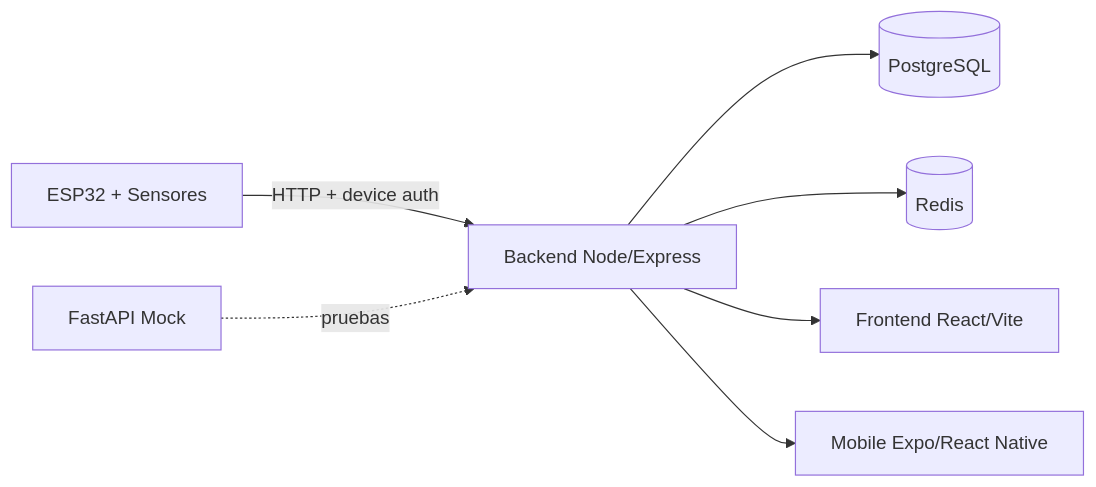
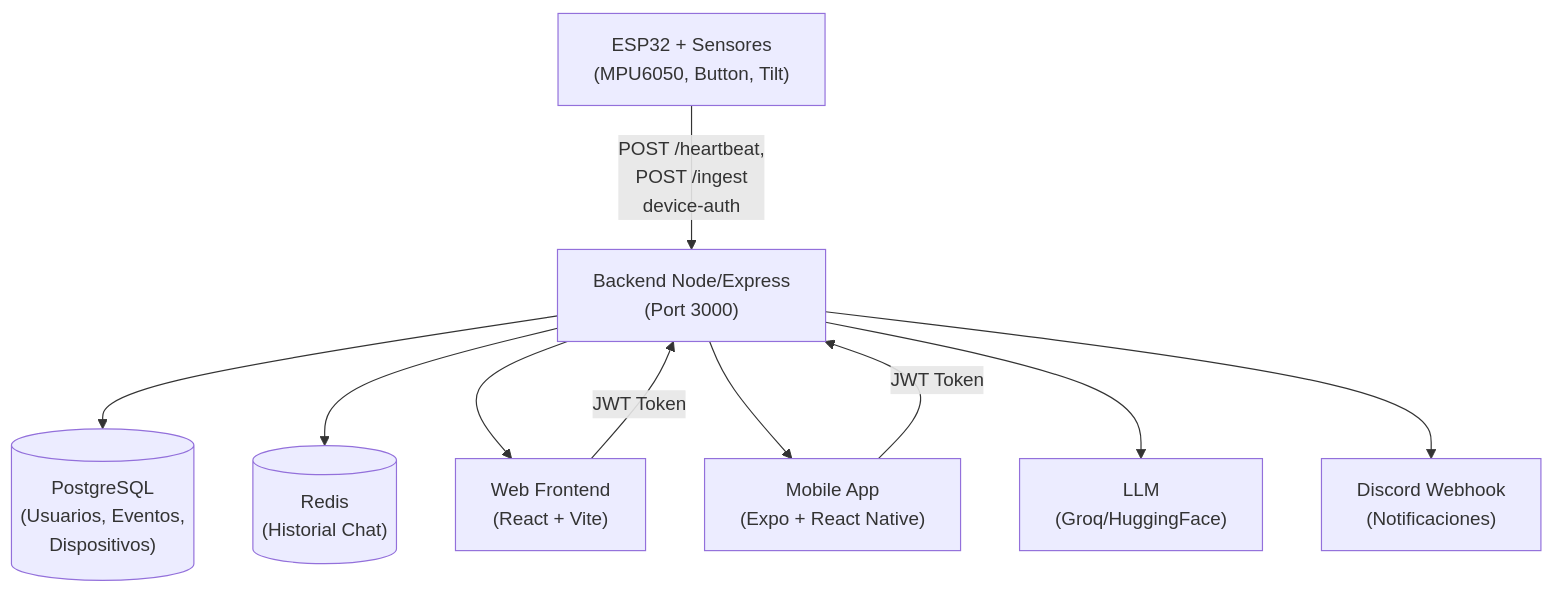
Before and after one commit to RafaelOrge92/proyecto-sistema-caidas: the diagram in README.md, drawn with Mermaid. The commit also changed other lines of this file, not shown here.

Commit message:
docs: expand README with features, stack, prerequisites, auth, faq

````diff
--- a/README.md
+++ b/README.md
@@ -68,9 +164,22 @@
 ```mermaid
-flowchart LR
-  ESP32[ESP32 + Sensores] -->|HTTP + device auth| API[Backend Node/Express]
-  API --> DB[(PostgreSQL)]
-  API --> Cache[(Redis)]
-  API --> WEB[Frontend React/Vite]
-  API --> MOB[Mobile Expo/React Native]
-  Mock[FastAPI Mock] -. pruebas .-> API
+flowchart TB
+  ESP32["ESP32 + Sensores<br/>(MPU6050, Button, Tilt)"]
+  API["Backend Node/Express<br/>(Port 3000)"]
+  DB[("PostgreSQL<br/>(Usuarios, Eventos,<br/>Dispositivos)")]
+  CACHE[("Redis<br/>(Historial Chat)")]
+  WEB["Web Frontend<br/>(React + Vite)"]
+  MOBILE["Mobile App<br/>(Expo + React Native)"]
+  LLM["LLM<br/>(Groq/HuggingFace)"]
+  DISCORD["Discord Webhook<br/>(Notificaciones)"]
+
+  ESP32 -->|POST /heartbeat,<br/>POST /ingest<br/>device-auth| API
+  API --> DB
+  API --> CACHE
+  API --> WEB
+  API --> MOBILE
+  API --> LLM
+  API --> DISCORD
+
+  WEB -->|JWT Token| API
+  MOBILE -->|JWT Token| API
 ```
````
